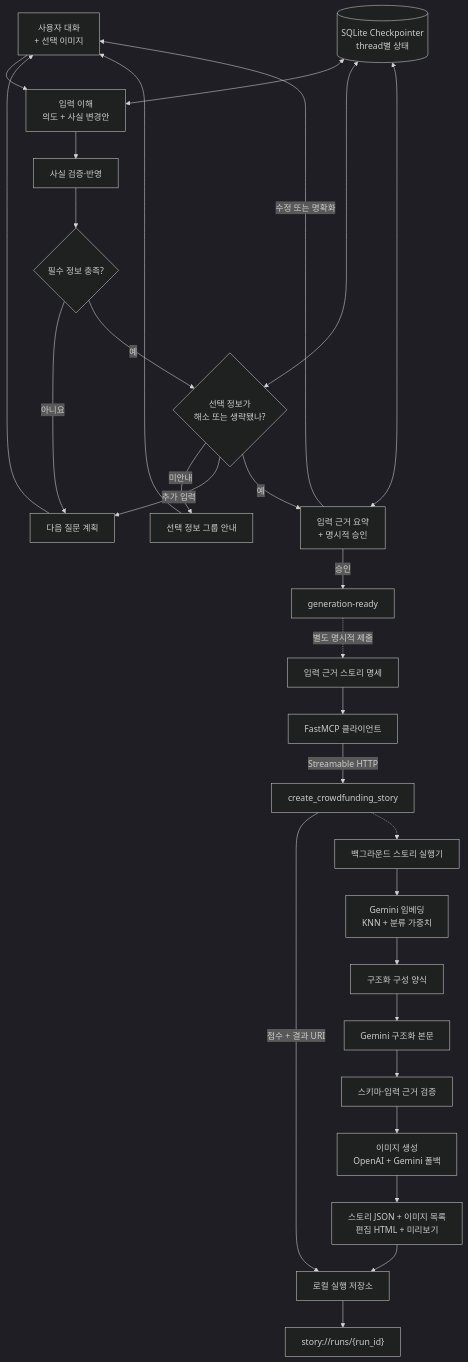
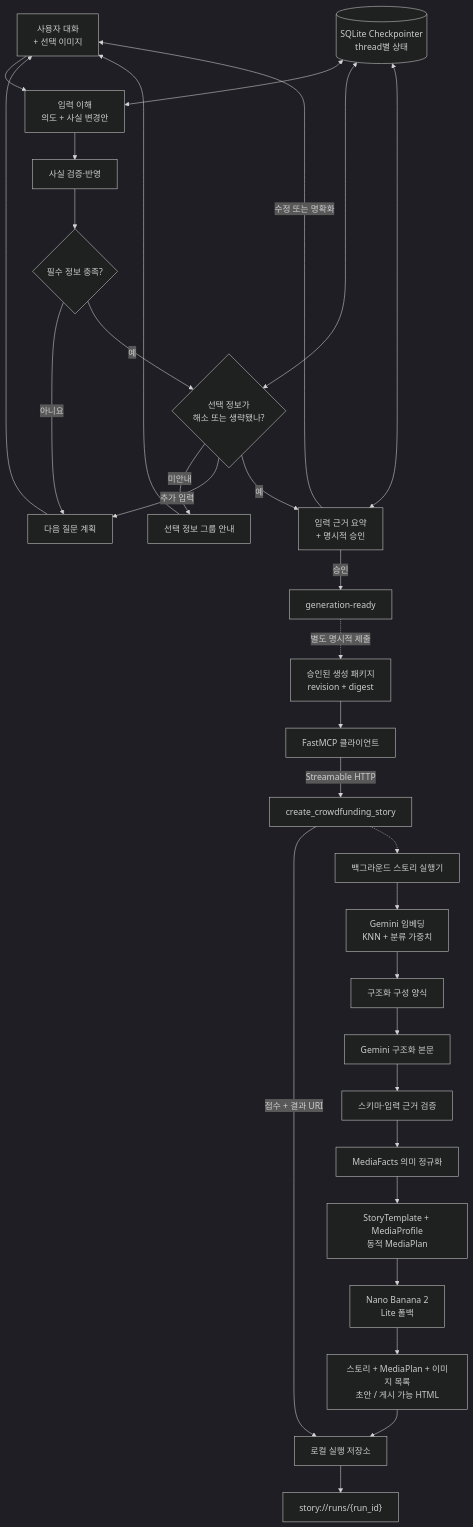
The diagram in i18n/README-KR.md (KT-Cloud-Tech-Up-team6/funding-story-ai), drawn with Mermaid (dark theme) before and after one commit. The commit also changed other lines of this file and 5 other files, not shown here.

````diff
--- a/i18n/README-KR.md
+++ b/i18n/README-KR.md
@@ -152,35 +157,37 @@
 ```mermaid
 flowchart TB
     U["사용자 대화<br/>+ 선택 이미지"] --> X["입력 이해<br/>의도 + 사실 변경안"]
     X --> F["사실 검증·반영"]
     F --> Q{"필수 정보 충족?"}
     Q -->|아니요| N["다음 질문 계획"]
     N --> U
     Q -->|예| O{"선택 정보가<br/>해소 또는 생략됐나?"}
     O -->|미안내| L["선택 정보 그룹 안내"]
     O -->|추가 입력| N
     L --> U
     O -->|예| A["입력 근거 요약<br/>+ 명시적 승인"]
     A -->|수정 또는 명확화| U
     A -->|승인| R["generation-ready"]
 
     CP[("SQLite Checkpointer<br/>thread별 상태")]
     CP <--> X
     CP <--> O
     CP <--> A
 
-    R -.->|"별도 명시적 제출"| B["입력 근거 스토리 명세"]
+    R -.->|"별도 명시적 제출"| B["승인된 생성 패키지<br/>revision + digest"]
     B --> MC["FastMCP 클라이언트"]
     MC -->|"Streamable HTTP"| M["create_crowdfunding_story"]
     M -->|"접수 + 결과 URI"| S["로컬 실행 저장소"]
     M -.-> E["백그라운드 스토리 실행기"]
 
     E --> K["Gemini 임베딩<br/>KNN + 분류 가중치"]
     K --> T["구조화 구성 양식"]
     T --> G["Gemini 구조화 본문"]
     G --> V["스키마·입력 근거 검증"]
-    V --> I["이미지 생성<br/>OpenAI + Gemini 폴백"]
-    I --> H["스토리 JSON + 이미지 목록<br/>편집 HTML + 미리보기"]
+    V --> NF["MediaFacts 의미 정규화"]
+    NF --> MP["StoryTemplate + MediaProfile<br/>동적 MediaPlan"]
+    MP --> I["Nano Banana 2<br/>Lite 폴백"]
+    I --> H["스토리 + MediaPlan + 이미지 목록<br/>초안 / 게시 가능 HTML"]
     H --> S
     S --> Z["story://runs/{run_id}"]
 ```
````
